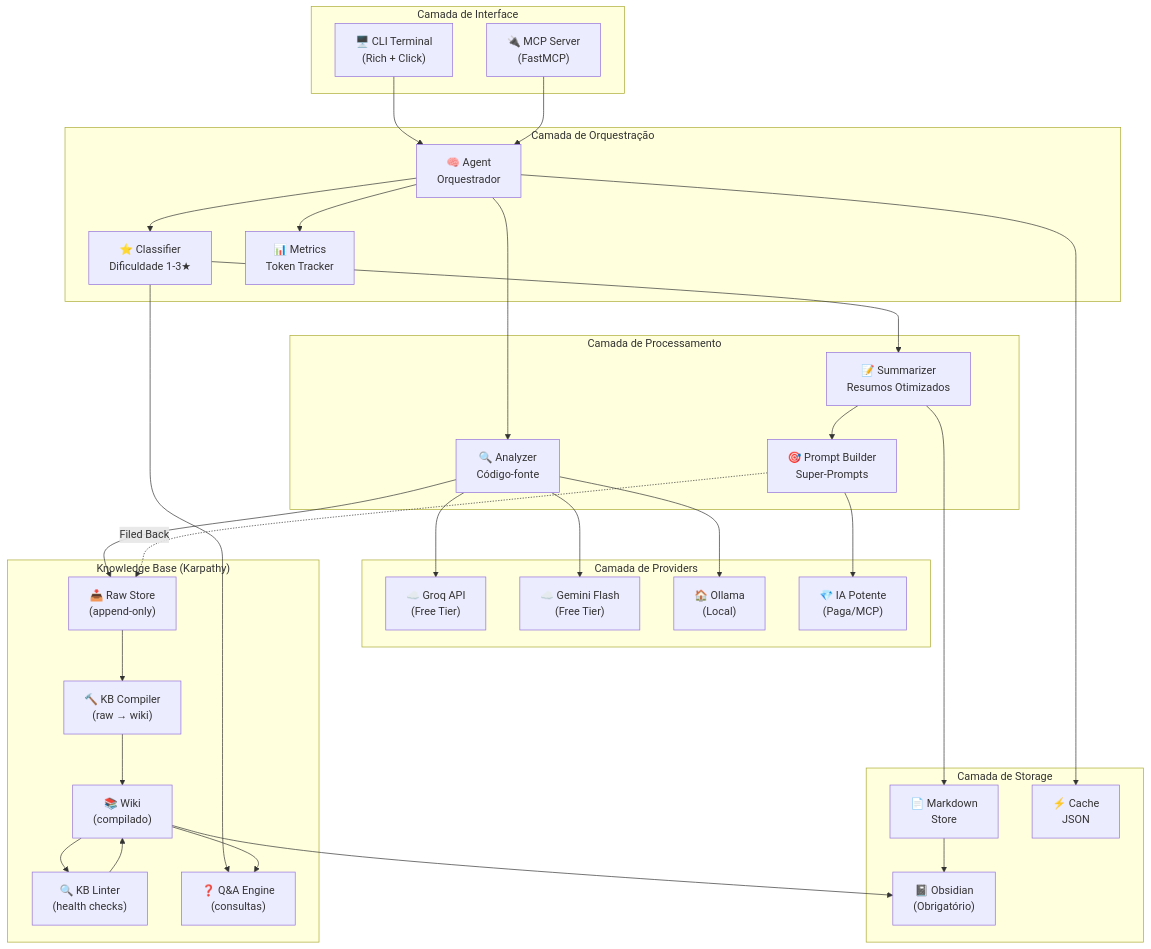
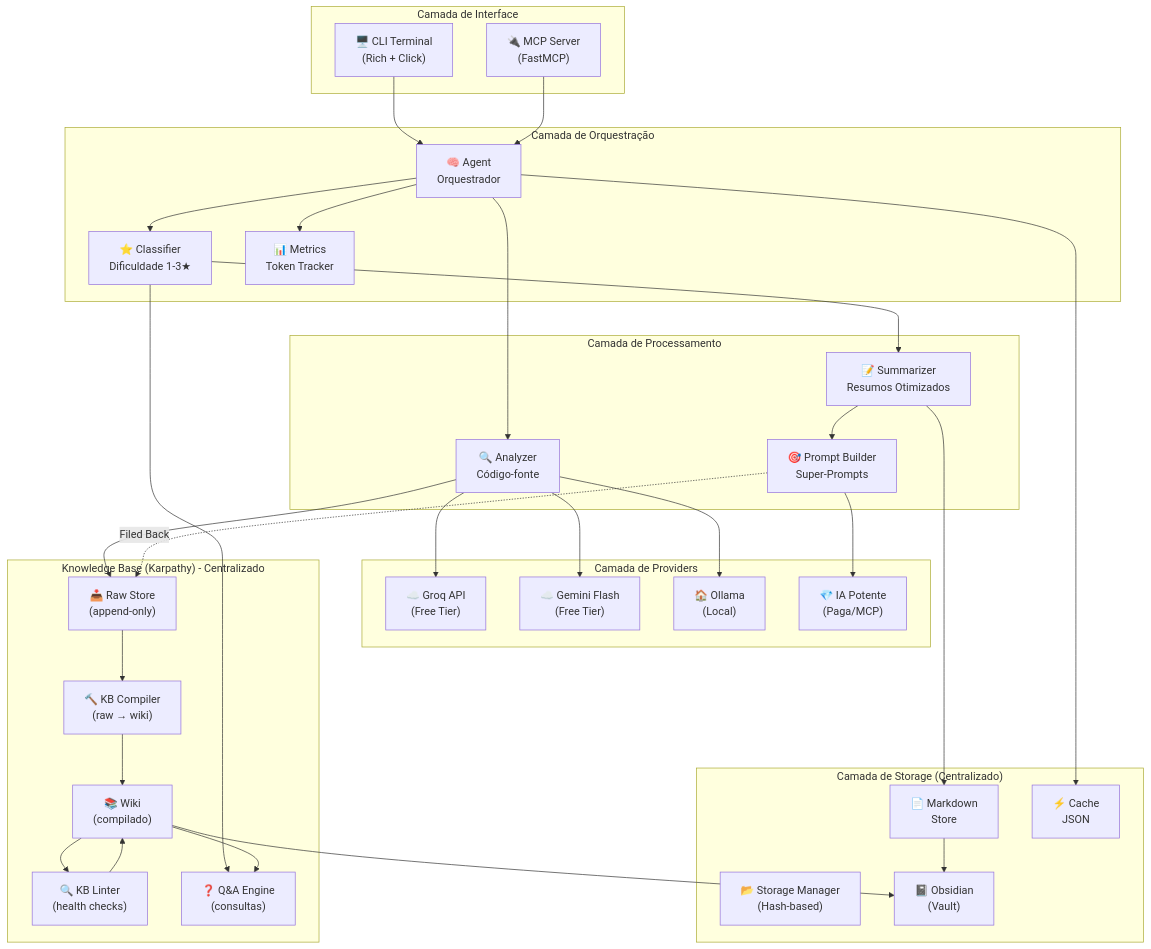
One commit to AdrianoEusebio/danger_line changed the first of 6 diagrams in documents/DOCUMENTO_PROJETO.MD. Above: the diagram before and after it, drawn with Mermaid. The commit also changed 12 other files, not shown here.

````diff
--- a/documents/DOCUMENTO_PROJETO.MD
+++ b/documents/DOCUMENTO_PROJETO.MD
@@ -34,64 +34,65 @@
 ```mermaid
 graph TB
     subgraph "Camada de Interface"
         CLI["🖥️ CLI Terminal<br>(Rich + Click)"]
         MCP["🔌 MCP Server<br>(FastMCP)"]
     end
 
     subgraph "Camada de Orquestração"
         AGENT["🧠 Agent<br>Orquestrador"]
         CLASS["⭐ Classifier<br>Dificuldade 1-3★"]
         METRICS["📊 Metrics<br>Token Tracker"]
     end
 
     subgraph "Camada de Processamento"
         ANALYZER["🔍 Analyzer<br>Código-fonte"]
         SUMMARIZER["📝 Summarizer<br>Resumos Otimizados"]
         PROMPT["🎯 Prompt Builder<br>Super-Prompts"]
     end
 
     subgraph "Camada de Providers"
         GROQ["☁️ Groq API<br>(Free Tier)"]
         GEMINI["☁️ Gemini Flash<br>(Free Tier)"]
         OLLAMA["🏠 Ollama<br>(Local)"]
         EXTERNAL["💎 IA Potente<br>(Paga/MCP)"]
     end
 
-    subgraph "Camada de Storage"
+    subgraph "Camada de Storage (Centralizado)"
+        MGR["📂 Storage Manager<br>(Hash-based)"]
         MD["📄 Markdown\nStore"]
         CACHE["⚡ Cache\nJSON"]
-        OBS["📓 Obsidian\n(Obrigatório)"]
+        OBS["📓 Obsidian\n(Vault)"]
     end
 
-    subgraph "Knowledge Base (Karpathy)"
+    subgraph "Knowledge Base (Karpathy) - Centralizado"
         RAW_KB["📥 Raw Store\n(append-only)"]
         COMPILER_KB["🔨 KB Compiler\n(raw → wiki)"]
         WIKI_KB["📚 Wiki\n(compilado)"]
         LINTER_KB["🔍 KB Linter\n(health checks)"]
         QA_KB["❓ Q&A Engine\n(consultas)"]
     end
 
     CLI --> AGENT
     MCP --> AGENT
     AGENT --> CLASS
     AGENT --> ANALYZER
     AGENT --> METRICS
     CLASS --> SUMMARIZER
     SUMMARIZER --> PROMPT
     ANALYZER --> GROQ
     ANALYZER --> GEMINI
     ANALYZER --> OLLAMA
     PROMPT --> EXTERNAL
     SUMMARIZER --> MD
     MD --> OBS
     AGENT --> CACHE
     ANALYZER --> RAW_KB
     CLASS --> QA_KB
     RAW_KB --> COMPILER_KB
     COMPILER_KB --> WIKI_KB
     WIKI_KB --> LINTER_KB
     LINTER_KB --> WIKI_KB
     WIKI_KB --> QA_KB
     WIKI_KB --> OBS
     PROMPT -.->|"Filed Back"| RAW_KB
 ```
````
